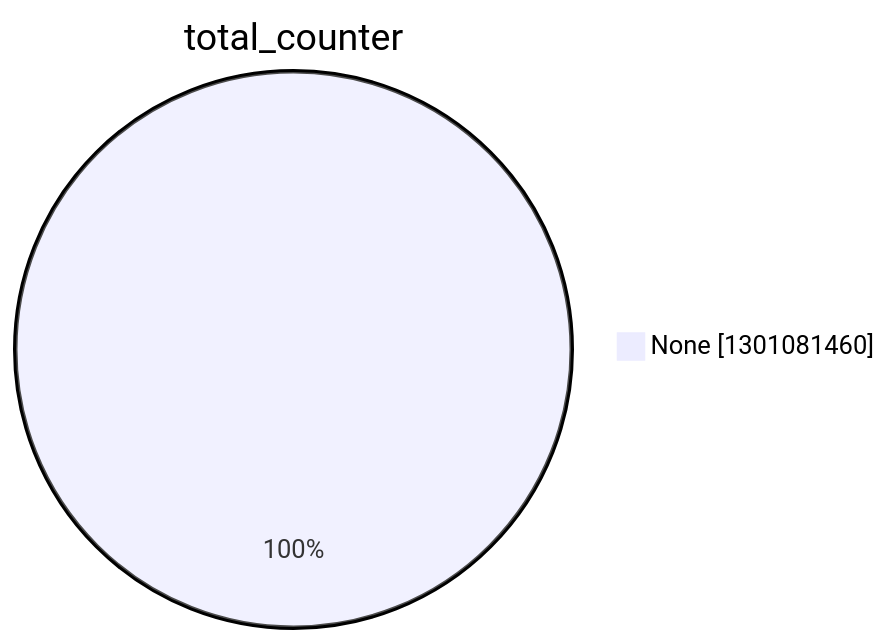
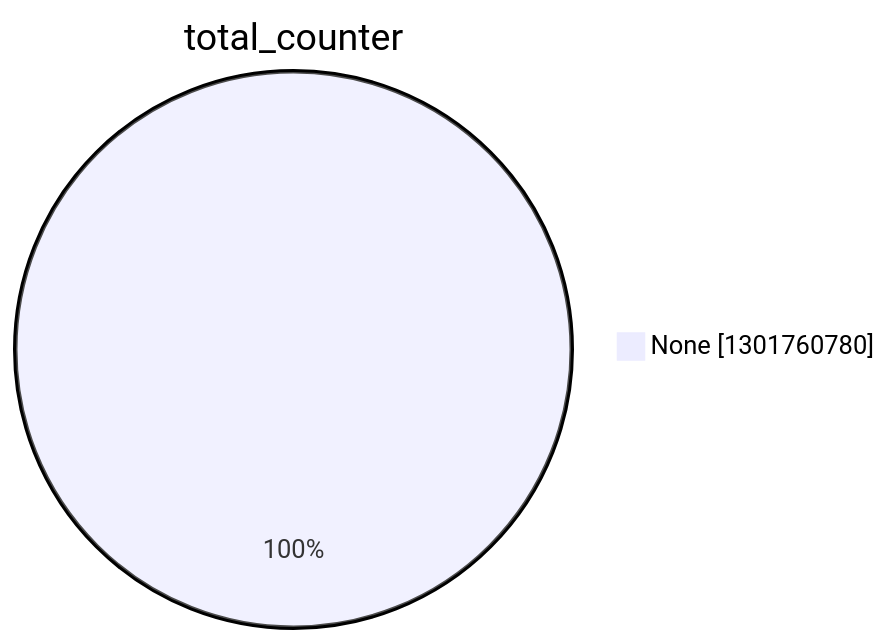
Before and after one commit to christiankrug/ctmonitor_visualization: the second of 15 diagrams in argon2022/README.md, drawn with Mermaid. The commit also changed other lines of this file, not shown here.

````diff
--- a/argon2022/README.md
+++ b/argon2022/README.md
@@ -9,5 +9,5 @@
 ```mermaid
 pie showData
 title total_counter
-"None" :1301081460
+"None" :1301760780
 ```
````
